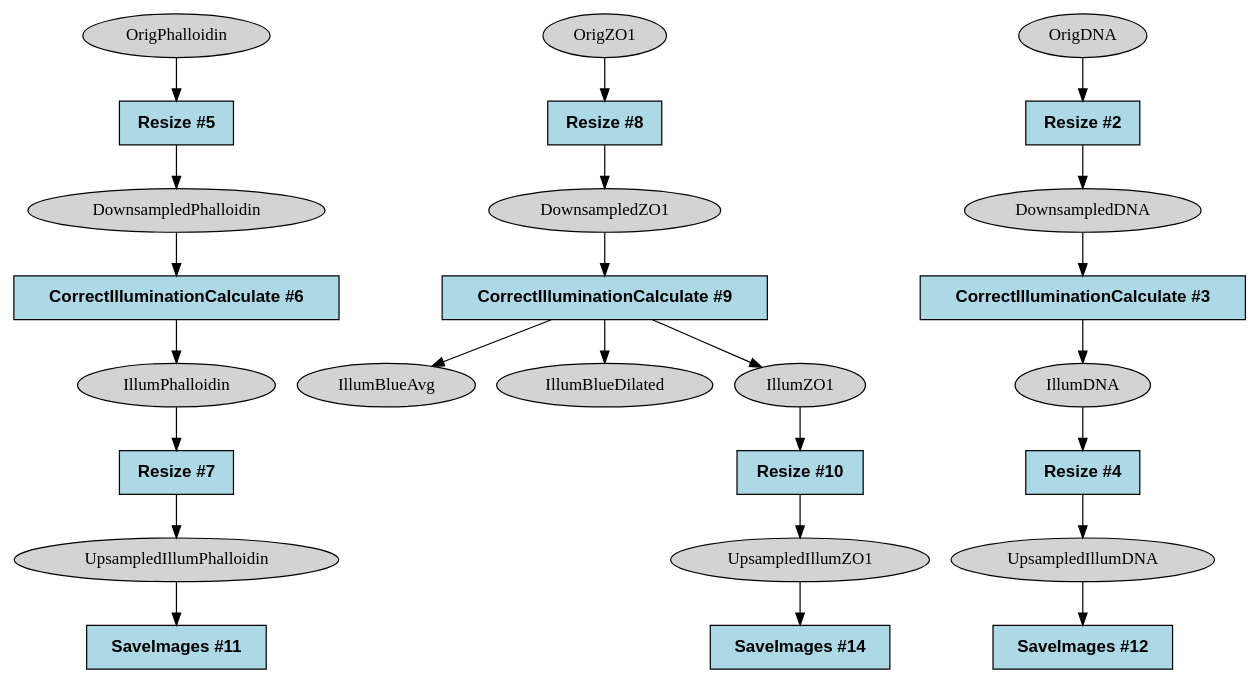
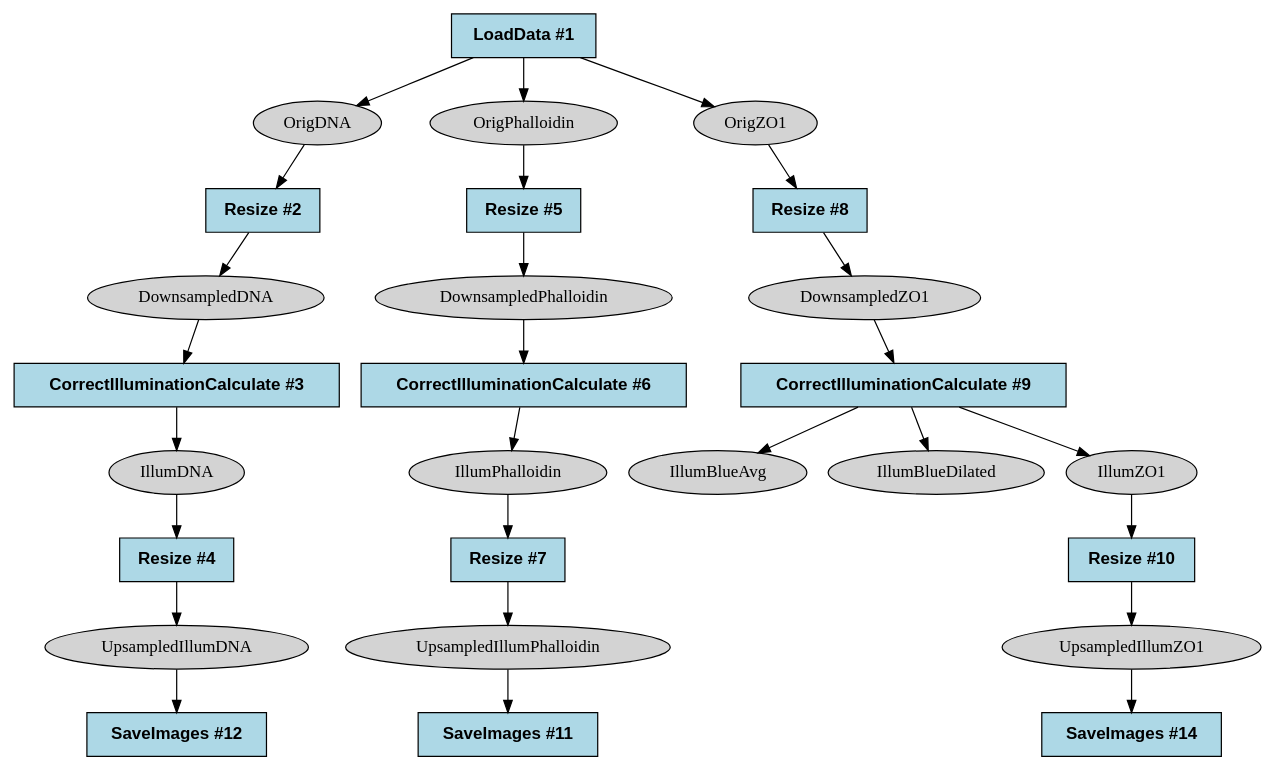
The diagram in examples/output/illum.dot (shntnu/cp_graph), drawn with Graphviz before and after one commit. The commit also changed 13 other files, not shown here.

```diff
--- a/examples/output/illum.dot
+++ b/examples/output/illum.dot
@@ -1,51 +1,55 @@
 strict digraph {
 CorrectIlluminationCalculate_2ab137a7 [type=module, label="CorrectIlluminationCalculate #6", module_name=CorrectIlluminationCalculate, module_num=6, original_num=6, stable_id="CorrectIlluminationCalculate_2ab137a7", enabled=True, shape=box, style=filled, fontname="Helvetica-Bold", fillcolor=lightblue];
 CorrectIlluminationCalculate_cd0871b [type=module, label="CorrectIlluminationCalculate #9", module_name=CorrectIlluminationCalculate, module_num=9, original_num=9, stable_id="CorrectIlluminationCalculate_cd0871b", enabled=True, shape=box, style=filled, fontname="Helvetica-Bold", fillcolor=lightblue];
 CorrectIlluminationCalculate_e3750f2a [type=module, label="CorrectIlluminationCalculate #3", module_name=CorrectIlluminationCalculate, module_num=3, original_num=3, stable_id="CorrectIlluminationCalculate_e3750f2a", enabled=True, shape=box, style=filled, fontname="Helvetica-Bold", fillcolor=lightblue];
+LoadData_cbe5cfdf [type=module, label="LoadData #1", module_name=LoadData, module_num=1, original_num=1, stable_id="LoadData_cbe5cfdf", enabled=True, shape=box, style=filled, fontname="Helvetica-Bold", fillcolor=lightblue];
 Resize_32606b38 [type=module, label="Resize #2", module_name=Resize, module_num=2, original_num=2, stable_id="Resize_32606b38", enabled=True, shape=box, style=filled, fontname="Helvetica-Bold", fillcolor=lightblue];
 Resize_6f9ec43f [type=module, label="Resize #10", module_name=Resize, module_num=10, original_num=10, stable_id="Resize_6f9ec43f", enabled=True, shape=box, style=filled, fontname="Helvetica-Bold", fillcolor=lightblue];
 Resize_9779805 [type=module, label="Resize #5", module_name=Resize, module_num=5, original_num=5, stable_id="Resize_9779805", enabled=True, shape=box, style=filled, fontname="Helvetica-Bold", fillcolor=lightblue];
 Resize_a3b11500 [type=module, label="Resize #4", module_name=Resize, module_num=4, original_num=4, stable_id="Resize_a3b11500", enabled=True, shape=box, style=filled, fontname="Helvetica-Bold", fillcolor=lightblue];
 Resize_b00c8387 [type=module, label="Resize #8", module_name=Resize, module_num=8, original_num=8, stable_id="Resize_b00c8387", enabled=True, shape=box, style=filled, fontname="Helvetica-Bold", fillcolor=lightblue];
 Resize_fd94763b [type=module, label="Resize #7", module_name=Resize, module_num=7, original_num=7, stable_id="Resize_fd94763b", enabled=True, shape=box, style=filled, fontname="Helvetica-Bold", fillcolor=lightblue];
 SaveImages_392621f0 [type=module, label="SaveImages #11", module_name=SaveImages, module_num=11, original_num=11, stable_id="SaveImages_392621f0", enabled=True, shape=box, style=filled, fontname="Helvetica-Bold", fillcolor=lightblue];
 SaveImages_46180921 [type=module, label="SaveImages #14", module_name=SaveImages, module_num=14, original_num=14, stable_id="SaveImages_46180921", enabled=True, shape=box, style=filled, fontname="Helvetica-Bold", fillcolor=lightblue];
 SaveImages_4cf7a938 [type=module, label="SaveImages #12", module_name=SaveImages, module_num=12, original_num=12, stable_id="SaveImages_4cf7a938", enabled=True, shape=box, style=filled, fontname="Helvetica-Bold", fillcolor=lightblue];
 image__DownsampledDNA [type=image, label=DownsampledDNA, shape=ellipse, style=filled, fillcolor=lightgray];
 image__DownsampledPhalloidin [type=image, label=DownsampledPhalloidin, shape=ellipse, style=filled, fillcolor=lightgray];
 image__DownsampledZO1 [type=image, label=DownsampledZO1, shape=ellipse, style=filled, fillcolor=lightgray];
 image__IllumBlueAvg [type=image, label=IllumBlueAvg, shape=ellipse, style=filled, fillcolor=lightgray];
 image__IllumBlueDilated [type=image, label=IllumBlueDilated, shape=ellipse, style=filled, fillcolor=lightgray];
 image__IllumDNA [type=image, label=IllumDNA, shape=ellipse, style=filled, fillcolor=lightgray];
 image__IllumPhalloidin [type=image, label=IllumPhalloidin, shape=ellipse, style=filled, fillcolor=lightgray];
 image__IllumZO1 [type=image, label=IllumZO1, shape=ellipse, style=filled, fillcolor=lightgray];
 image__OrigDNA [type=image, label=OrigDNA, shape=ellipse, style=filled, fillcolor=lightgray];
 image__OrigPhalloidin [type=image, label=OrigPhalloidin, shape=ellipse, style=filled, fillcolor=lightgray];
 image__OrigZO1 [type=image, label=OrigZO1, shape=ellipse, style=filled, fillcolor=lightgray];
 image__UpsampledIllumDNA [type=image, label=UpsampledIllumDNA, shape=ellipse, style=filled, fillcolor=lightgray];
 image__UpsampledIllumPhalloidin [type=image, label=UpsampledIllumPhalloidin, shape=ellipse, style=filled, fillcolor=lightgray];
 image__UpsampledIllumZO1 [type=image, label=UpsampledIllumZO1, shape=ellipse, style=filled, fillcolor=lightgray];
 CorrectIlluminationCalculate_2ab137a7 -> image__IllumPhalloidin [type="image_output"];
 CorrectIlluminationCalculate_cd0871b -> image__IllumBlueAvg [type="image_output"];
 CorrectIlluminationCalculate_cd0871b -> image__IllumBlueDilated [type="image_output"];
 CorrectIlluminationCalculate_cd0871b -> image__IllumZO1 [type="image_output"];
 CorrectIlluminationCalculate_e3750f2a -> image__IllumDNA [type="image_output"];
+LoadData_cbe5cfdf -> image__OrigDNA [type="image_output"];
+LoadData_cbe5cfdf -> image__OrigPhalloidin [type="image_output"];
+LoadData_cbe5cfdf -> image__OrigZO1 [type="image_output"];
 Resize_32606b38 -> image__DownsampledDNA [type="image_output"];
 Resize_6f9ec43f -> image__UpsampledIllumZO1 [type="image_output"];
 Resize_9779805 -> image__DownsampledPhalloidin [type="image_output"];
 Resize_a3b11500 -> image__UpsampledIllumDNA [type="image_output"];
 Resize_b00c8387 -> image__DownsampledZO1 [type="image_output"];
 Resize_fd94763b -> image__UpsampledIllumPhalloidin [type="image_output"];
 image__DownsampledDNA -> CorrectIlluminationCalculate_e3750f2a [type="image_input"];
 image__DownsampledPhalloidin -> CorrectIlluminationCalculate_2ab137a7 [type="image_input"];
 image__DownsampledZO1 -> CorrectIlluminationCalculate_cd0871b [type="image_input"];
 image__IllumDNA -> Resize_a3b11500 [type="image_input"];
 image__IllumPhalloidin -> Resize_fd94763b [type="image_input"];
 image__IllumZO1 -> Resize_6f9ec43f [type="image_input"];
 image__OrigDNA -> Resize_32606b38 [type="image_input"];
 image__OrigPhalloidin -> Resize_9779805 [type="image_input"];
 image__OrigZO1 -> Resize_b00c8387 [type="image_input"];
 image__UpsampledIllumDNA -> SaveImages_4cf7a938 [type="image_input"];
 image__UpsampledIllumPhalloidin -> SaveImages_392621f0 [type="image_input"];
 image__UpsampledIllumZO1 -> SaveImages_46180921 [type="image_input"];
 }
```
